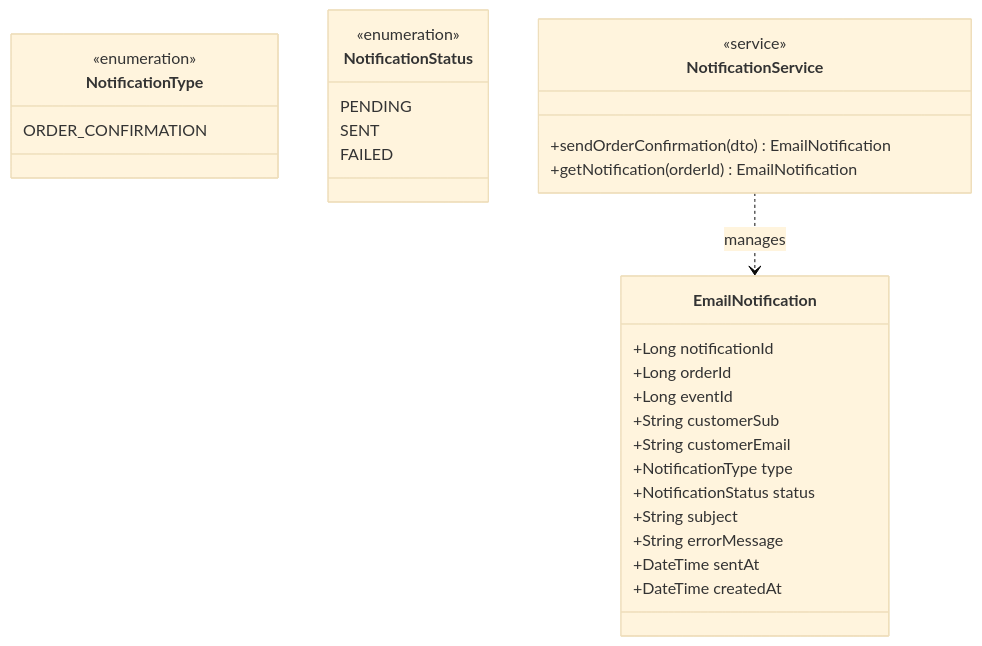
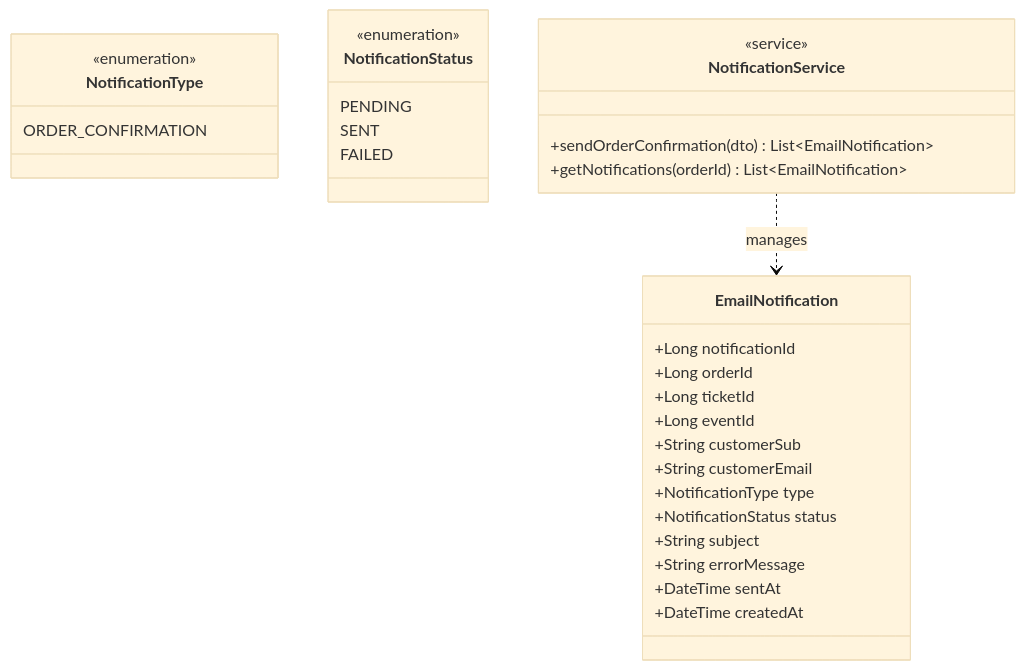
One commit to nus-mtech-grp1-sem2/backend-repo changed diagram 11 of 12 in database/onestage-system-design_with_notification.md. Above: the diagram before and after it, drawn with Mermaid (base theme). The commit also changed other lines of this file and 11 other files, not shown here.

````diff
--- a/database/onestage-system-design_with_notification.md
+++ b/database/onestage-system-design_with_notification.md
@@ -674,33 +675,34 @@
 ```mermaid
 classDiagram
     class EmailNotification {
         +Long notificationId
         +Long orderId
+        +Long ticketId
         +Long eventId
         +String customerSub
         +String customerEmail
         +NotificationType type
         +NotificationStatus status
         +String subject
         +String errorMessage
         +DateTime sentAt
         +DateTime createdAt
     }
     class NotificationType {
         <<enumeration>>
         ORDER_CONFIRMATION
     }
     class NotificationStatus {
         <<enumeration>>
         PENDING
         SENT
         FAILED
     }
     class NotificationService {
         <<service>>
-        +sendOrderConfirmation(dto) EmailNotification
-        +getNotification(orderId) EmailNotification
+        +sendOrderConfirmation(dto) List~EmailNotification~
+        +getNotifications(orderId) List~EmailNotification~
     }
 
     NotificationService ..> EmailNotification : manages
 ```
````
